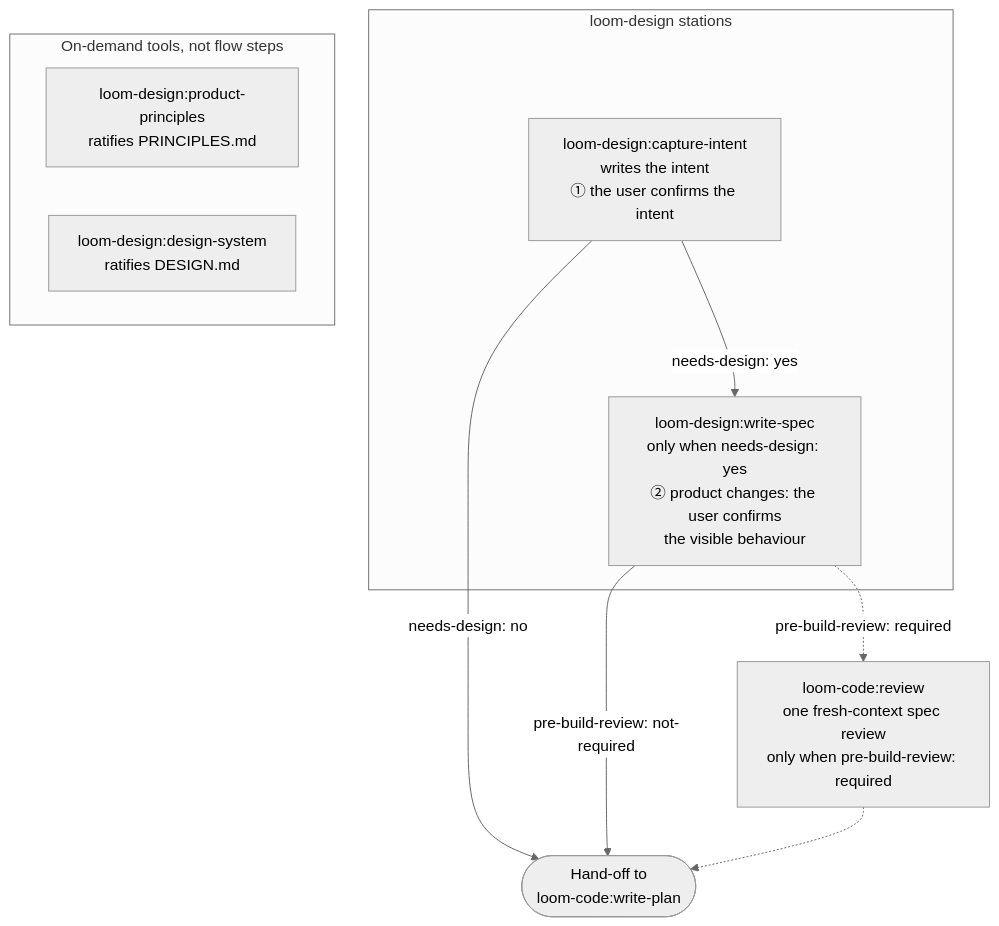
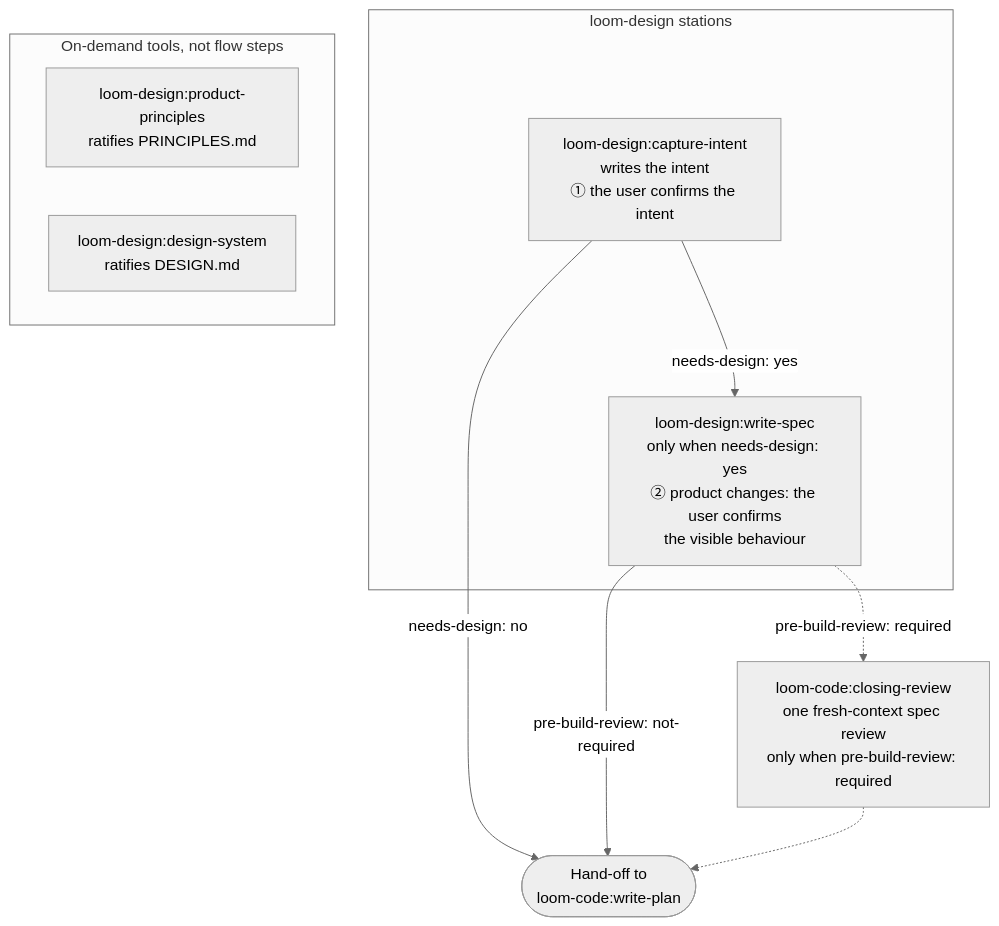
The diagram in loom-design/README.md (kouko/loom-plugins), drawn with Mermaid (neutral theme) before and after one commit. The commit also changed other lines of this file and 91 other files, not shown here.

First line of the commit message:
feat(loom): support Antigravity CLI and rename review to closing-review (#8)

````diff
--- a/loom-design/README.md
+++ b/loom-design/README.md
@@ -18,21 +18,21 @@
 ```mermaid
 flowchart TD
     subgraph stations["loom-design stations"]
         intent["loom-design:capture-intent<br/>writes the intent<br/>① the user confirms the intent"]
         spec["loom-design:write-spec<br/>only when needs-design: yes<br/>② product changes: the user confirms<br/>the visible behaviour"]
     end
 
-    specreview["loom-code:review<br/>one fresh-context spec review<br/>only when pre-build-review: required"]
+    specreview["loom-code:closing-review<br/>one fresh-context spec review<br/>only when pre-build-review: required"]
     plan(["Hand-off to<br/>loom-code:write-plan"])
 
     subgraph tools["On-demand tools, not flow steps"]
         principles["loom-design:product-principles<br/>ratifies PRINCIPLES.md"]
         designsys["loom-design:design-system<br/>ratifies DESIGN.md"]
     end
 
     intent -->|"needs-design: yes"| spec
     intent -->|"needs-design: no"| plan
     spec -->|"pre-build-review: not-required"| plan
     spec -.->|"pre-build-review: required"| specreview
     specreview -.-> plan
 ```
````
